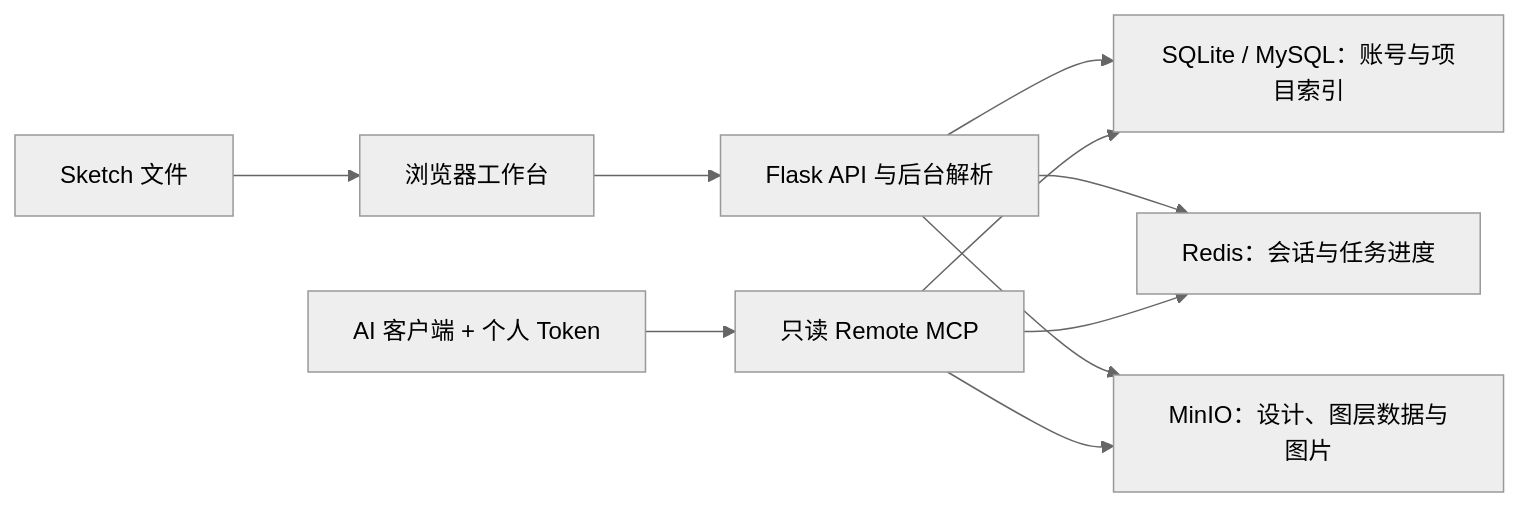
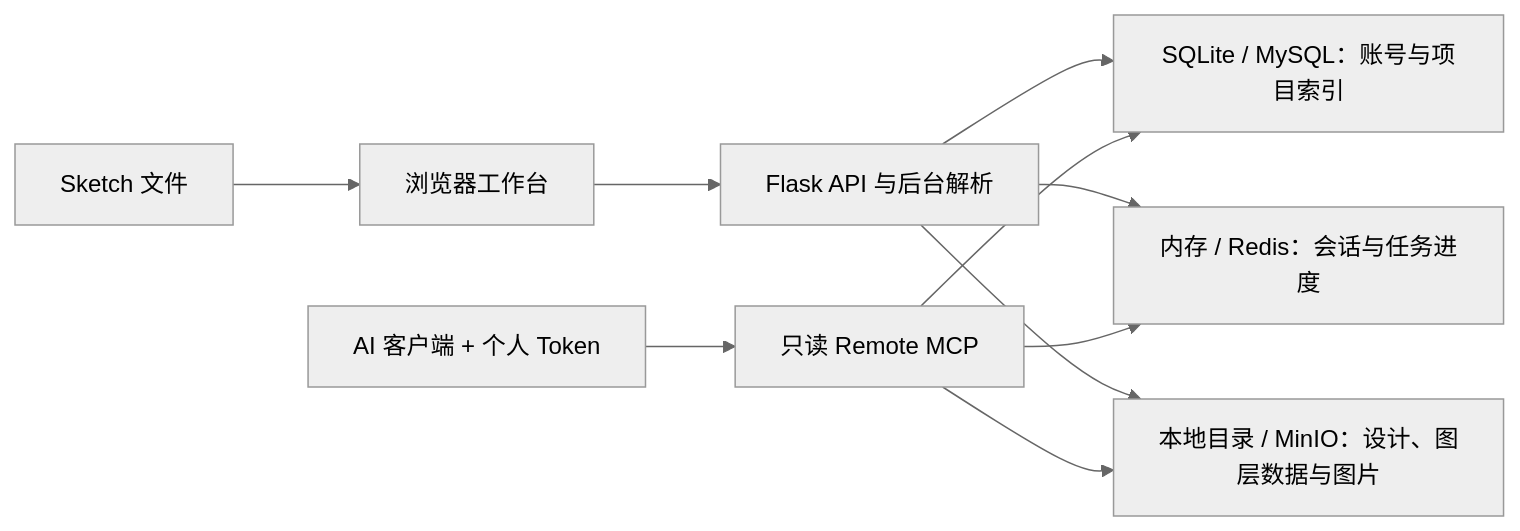
Before and after one commit to fjl-gj/sketchtoui: the diagram in README.md, drawn with Mermaid (neutral theme). The commit also changed other lines of this file and 21 other files, not shown here.

Commit message:
feat: make Redis and MinIO optional

````diff
--- a/README.md
+++ b/README.md
@@ -26,12 +26,12 @@
 ```mermaid
 flowchart LR
     Design["Sketch 文件"] --> Web["浏览器工作台"]
     Web --> API["Flask API 与后台解析"]
     API --> DB["SQLite / MySQL：账号与项目索引"]
-    API --> Cache["Redis：会话与任务进度"]
-    API --> Storage["MinIO：设计、图层数据与图片"]
+    API --> Cache["内存 / Redis：会话与任务进度"]
+    API --> Storage["本地目录 / MinIO：设计、图层数据与图片"]
     Client["AI 客户端 + 个人 Token"] --> MCP["只读 Remote MCP"]
     MCP --> DB
     MCP --> Cache
     MCP --> Storage
 ```
````
